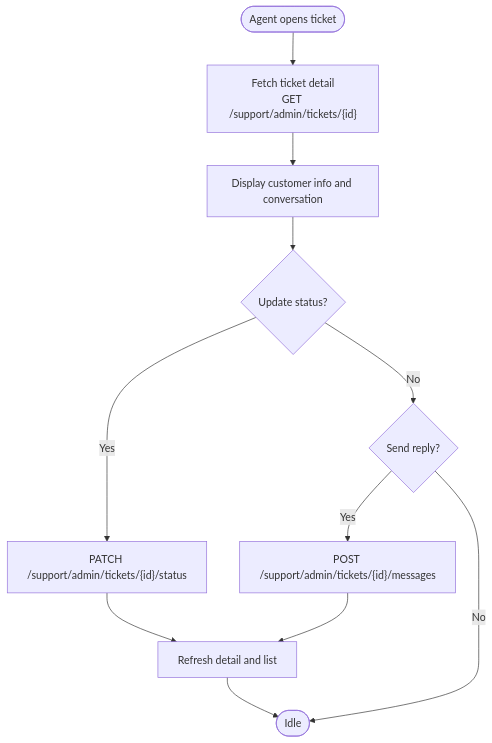
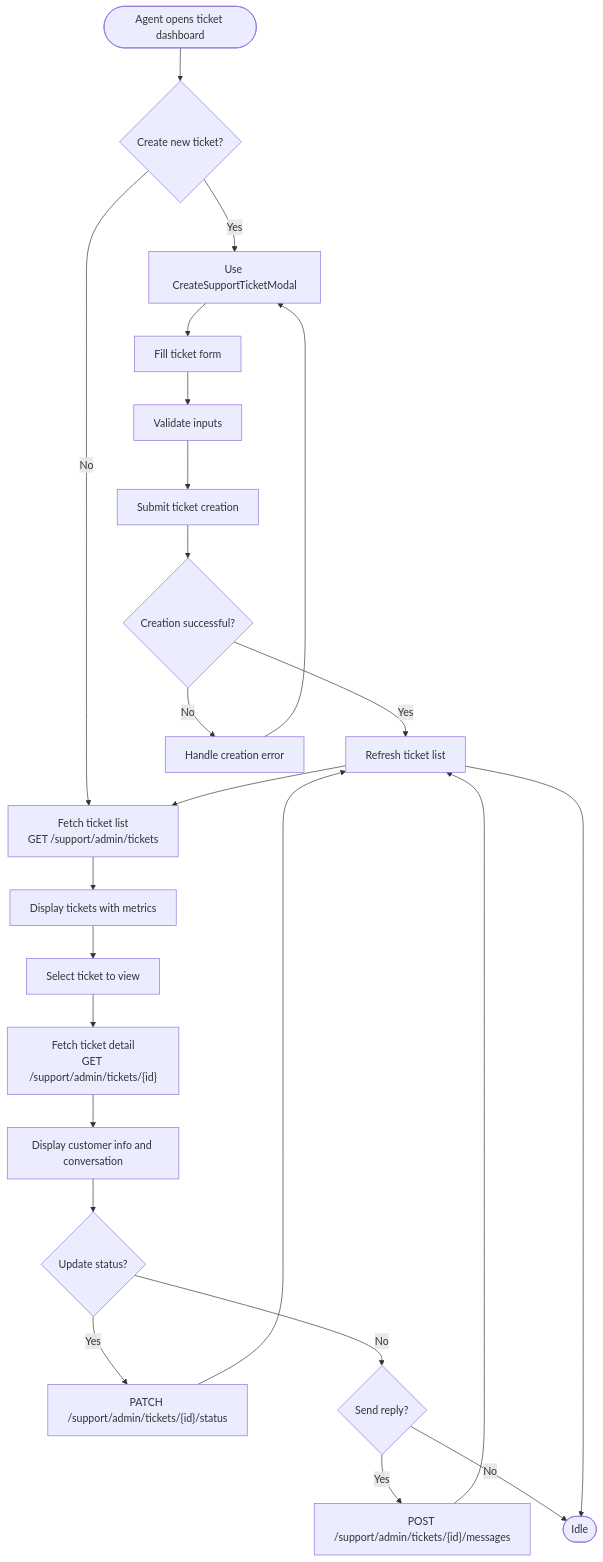
The fifth of 10 diagrams in .qoder/repowiki/en/content/Business Modules/Support & Communication.md (Lazynerd-Studios/lacarte-atlas-console), drawn with Mermaid before and after one commit. The commit also changed other lines of this file and 23 other files, not shown here.

````diff
--- a/.qoder/repowiki/en/content/Business Modules/Support & Communication.md
+++ b/.qoder/repowiki/en/content/Business Modules/Support & Communication.md
@@ -196,13 +253,26 @@
 ```mermaid
 flowchart TD
-Start(["Agent opens ticket"]) --> FetchDetail["Fetch ticket detail<br/>GET /support/admin/tickets/{id}"]
-FetchDetail --> Display["Display customer info and conversation"]
-Display --> UpdateStatus{"Update status?"}
+Start(["Agent opens ticket dashboard"]) --> CreateCheck{"Create new ticket?"}
+CreateCheck --> |Yes| CreateFlow["Use CreateSupportTicketModal"]
+CreateCheck --> |No| FetchList["Fetch ticket list<br/>GET /support/admin/tickets"]
+CreateFlow --> CreateForm["Fill ticket form"]
+CreateForm --> Validate["Validate inputs"]
+Validate --> Submit["Submit ticket creation"]
+Submit --> Success{"Creation successful?"}
+Success --> |Yes| Refresh["Refresh ticket list"]
+Success --> |No| HandleError["Handle creation error"]
+HandleError --> CreateFlow
+Refresh --> FetchList
+FetchList --> Display["Display tickets with metrics"]
+Display --> SelectTicket["Select ticket to view"]
+SelectTicket --> FetchDetail["Fetch ticket detail<br/>GET /support/admin/tickets/{id}"]
+FetchDetail --> DisplayDetail["Display customer info and conversation"]
+DisplayDetail --> UpdateStatus{"Update status?"}
 UpdateStatus --> |Yes| PatchStatus["PATCH /support/admin/tickets/{id}/status"]
 UpdateStatus --> |No| ReplyCheck{"Send reply?"}
-PatchStatus --> Refresh["Refresh detail and list"]
+PatchStatus --> Refresh
 ReplyCheck --> |Yes| PostMessage["POST /support/admin/tickets/{id}/messages"]
 ReplyCheck --> |No| End(["Idle"])
 PostMessage --> Refresh
 Refresh --> End
 ```
````
